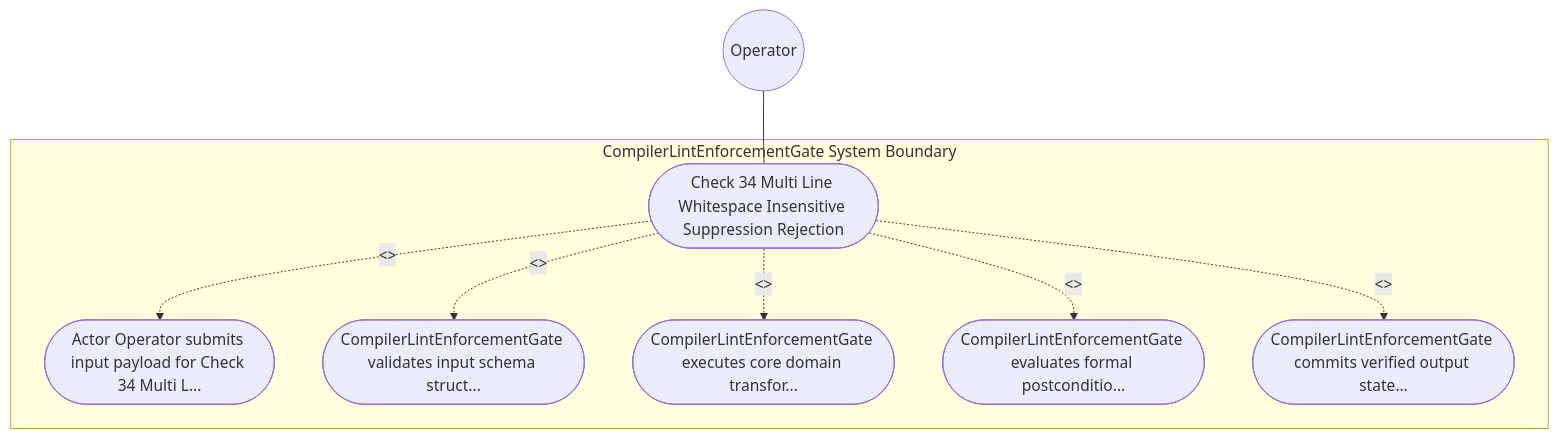
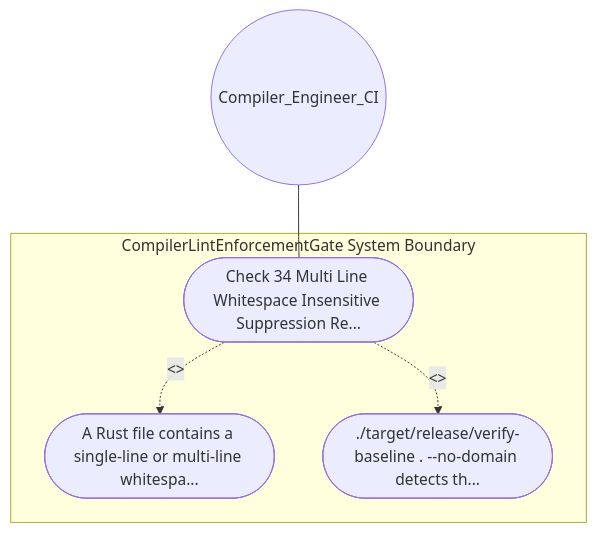
The diagram in .pipeline/upstream/docs/use-cases/UC-02-Check_34_Multi_Line_Whitespace_Insensitive_Suppression_Rejection.md (gintatkinson/DEAP01-spec-core), drawn with Mermaid before and after one commit. The commit also changed other lines of this file and 213 other files, not shown here.

````diff
--- a/.pipeline/upstream/docs/use-cases/UC-02-Check_34_Multi_Line_Whitespace_Insensitive_Suppression_Rejection.md
+++ b/.pipeline/upstream/docs/use-cases/UC-02-Check_34_Multi_Line_Whitespace_Insensitive_Suppression_Rejection.md
@@ -16,17 +16,11 @@
 ```mermaid
 graph TD
     subgraph "CompilerLintEnforcementGate System Boundary"
-        UC_Main(["Check 34 Multi Line Whitespace Insensitive Suppression Rejection"])
-        UC_Step01(["Actor Operator submits input payload for Check 34 Multi L..."])
-        UC_Step02(["CompilerLintEnforcementGate validates input schema struct..."])
-        UC_Step03(["CompilerLintEnforcementGate executes core domain transfor..."])
-        UC_Step04(["CompilerLintEnforcementGate evaluates formal postconditio..."])
-        UC_Step05(["CompilerLintEnforcementGate commits verified output state..."])
+        UC_Main(["Check 34 Multi Line Whitespace Insensitive Suppression Re..."])
+        UC_Step01(["A Rust file contains a single-line or multi-line whitespa..."])
+        UC_Step02(["./target/release/verify-baseline . --no-domain detects th..."])
     end
-    Operator(("Operator")) --- UC_Main
+    Compiler_Engineer_CI(("Compiler_Engineer_CI")) --- UC_Main
     UC_Main -. "<<include>>" .-> UC_Step01
     UC_Main -. "<<include>>" .-> UC_Step02
-    UC_Main -. "<<include>>" .-> UC_Step03
-    UC_Main -. "<<include>>" .-> UC_Step04
-    UC_Main -. "<<include>>" .-> UC_Step05
 ```
````
